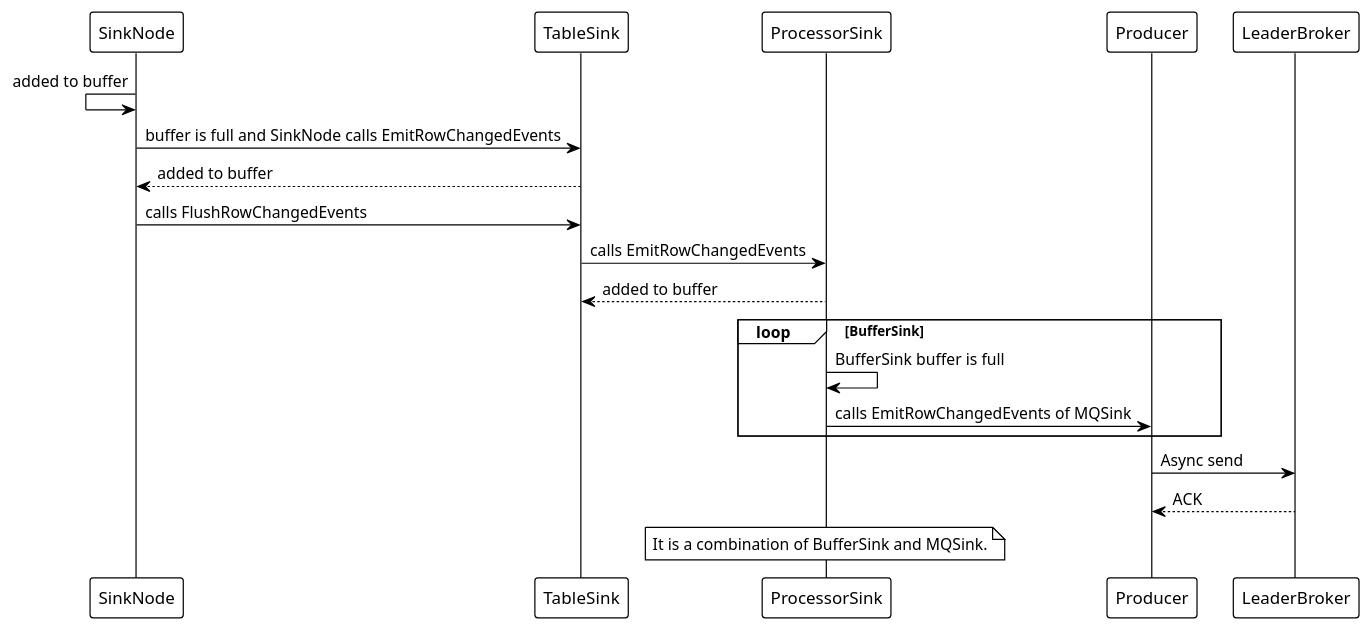
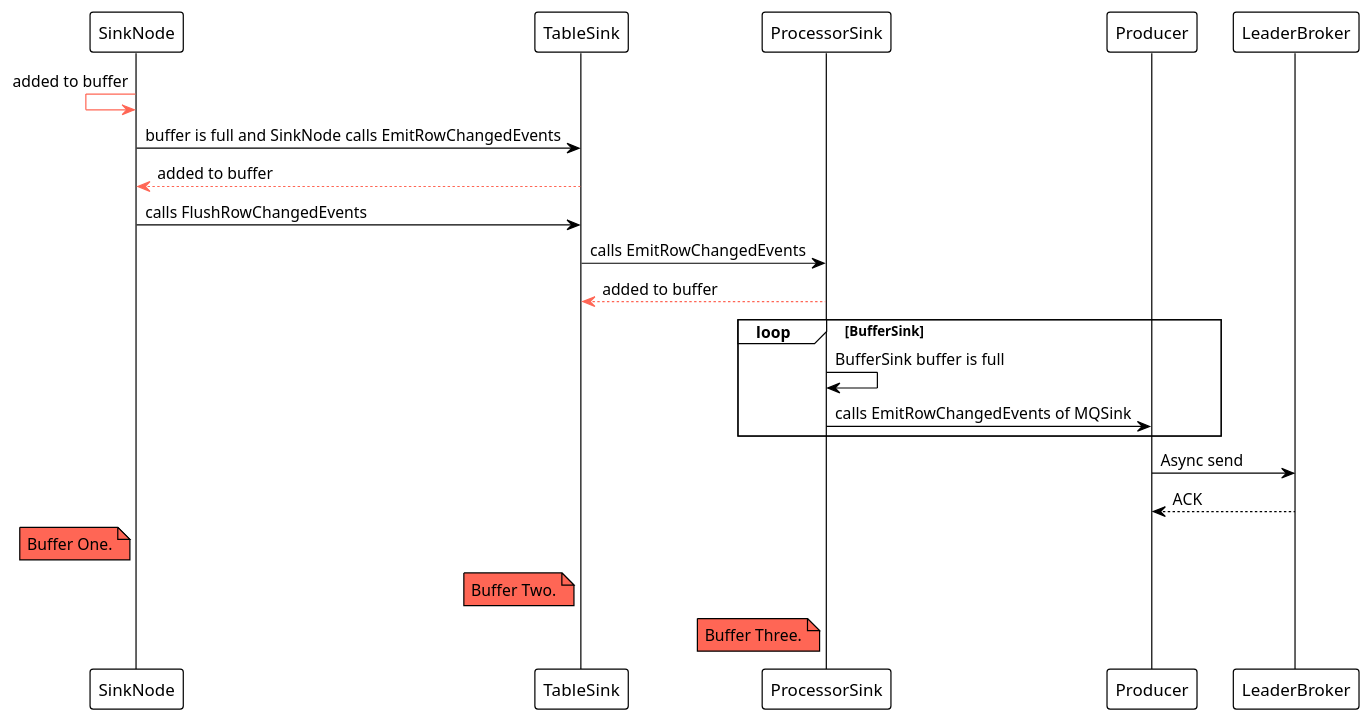
Before and after one commit to 0xPoe/talks: the fourth of 6 diagrams in ticdc-new-sink.slide/slides.md, drawn with PlantUML. The commit also changed other lines of this file, not shown here.

Commit message:
Add colors

````diff
--- a/ticdc-new-sink.slide/slides.md
+++ b/ticdc-new-sink.slide/slides.md
@@ -325,21 +325,30 @@
 ```plantuml {scale: 0.9}
 @startuml
 !theme plain
-SinkNode <- SinkNode: added to buffer
+SinkNode <[bold,#FF6655]- SinkNode: added to buffer
 SinkNode -> TableSink: buffer is full and SinkNode calls EmitRowChangedEvents
-SinkNode <-- TableSink: added to buffer
+SinkNode <-[bold,#FF6655]- TableSink: added to buffer
 SinkNode -> TableSink: calls FlushRowChangedEvents
 TableSink -> ProcessorSink: calls EmitRowChangedEvents
-TableSink <-- ProcessorSink: added to buffer
+TableSink <-[bold,#FF6655]- ProcessorSink: added to buffer
 loop BufferSink
   ProcessorSink -> ProcessorSink: BufferSink buffer is full
   ProcessorSink -> Producer: calls EmitRowChangedEvents of MQSink
 end
 Producer -> LeaderBroker: Async send
 Producer <-- LeaderBroker: ACK
 
-note over of ProcessorSink
-  It is a combination of BufferSink and MQSink.
+
+note left of SinkNode #FF6655
+  Buffer One.
+end note
+
+note left of TableSink #FF6655
+  Buffer Two.
+end note
+
+note left of ProcessorSink #FF6655
+  Buffer Three.
 end note
 @enduml
 ```
````
